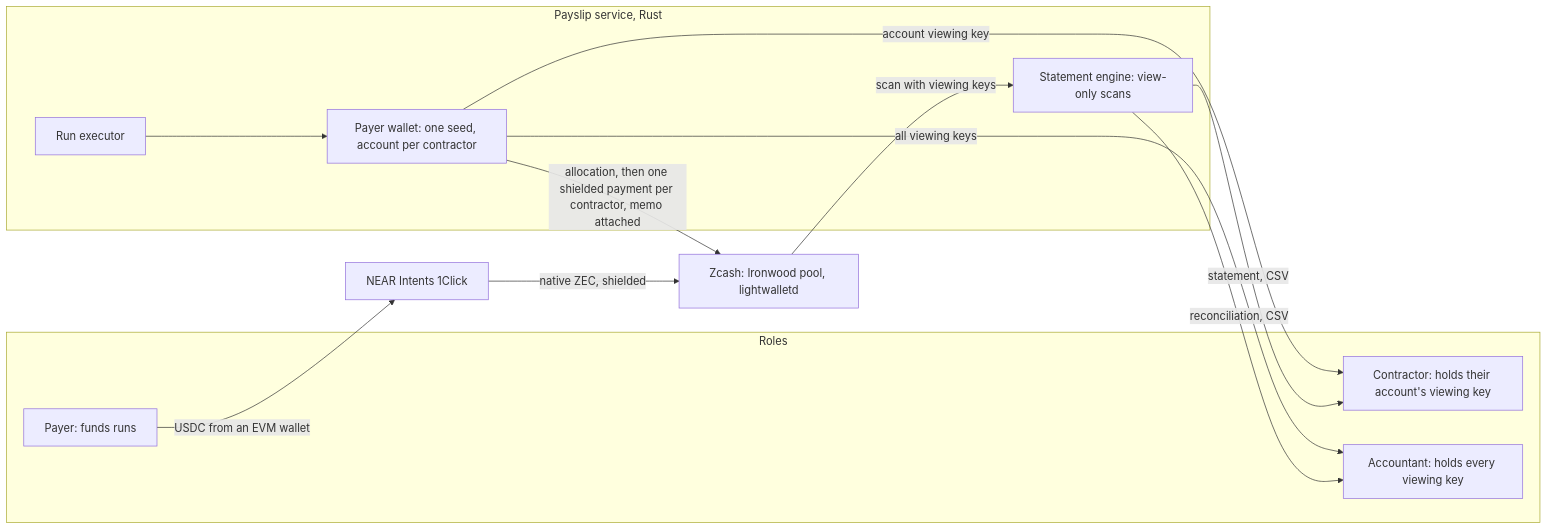
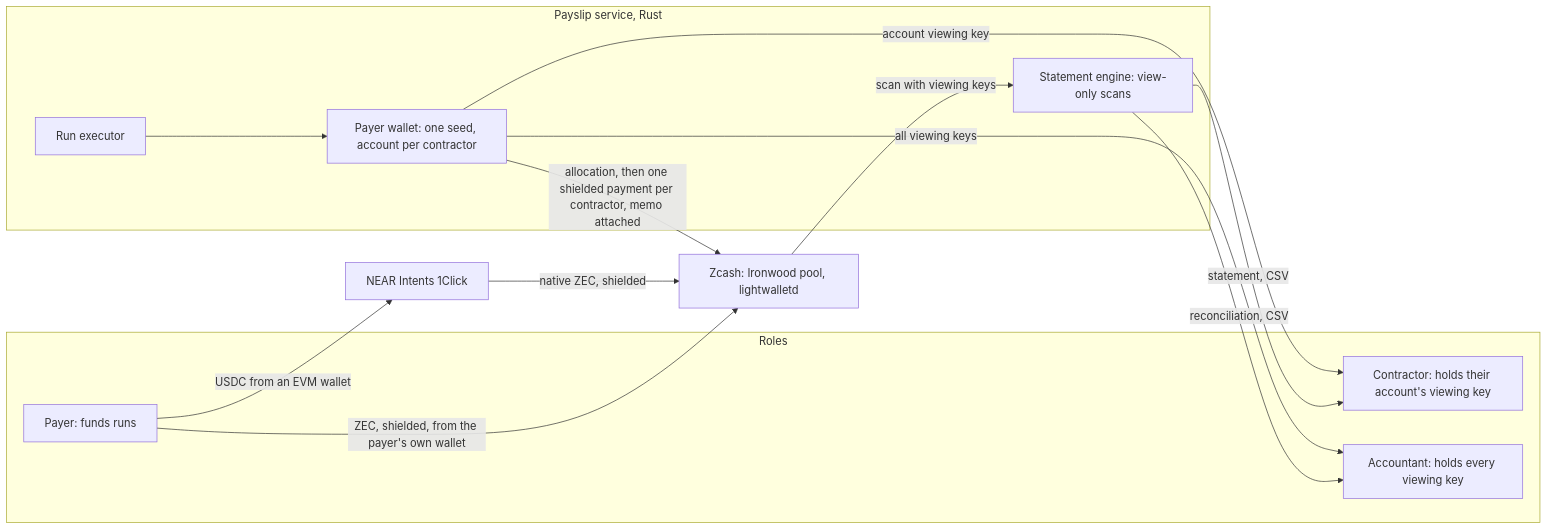
Before and after one commit to pratikasr/payslip: the diagram in README.md, drawn with Mermaid. The commit also changed other lines of this file and 3 other files, not shown here.

````diff
--- a/README.md
+++ b/README.md
@@ -77,25 +83,26 @@
 ```mermaid
 flowchart LR
     subgraph roles [Roles]
         Payer[Payer: funds runs]
         Contractor[Contractor: holds their account's viewing key]
         Accountant[Accountant: holds every viewing key]
     end
     subgraph service [Payslip service, Rust]
         RB[Run executor]
         KM[Payer wallet: one seed, account per contractor]
         SE[Statement engine: view-only scans]
     end
     Venue[NEAR Intents 1Click]
     Zcash[Zcash: Ironwood pool, lightwalletd]
 
+    Payer -->|ZEC, shielded, from the payer's own wallet| Zcash
     Payer -->|USDC from an EVM wallet| Venue
     Venue -->|native ZEC, shielded| Zcash
     RB --> KM
     KM -->|allocation, then one shielded payment per contractor, memo attached| Zcash
     KM -->|account viewing key| Contractor
     KM -->|all viewing keys| Accountant
     Zcash -->|scan with viewing keys| SE
     SE -->|statement, CSV| Contractor
     SE -->|reconciliation, CSV| Accountant
 ```
````
